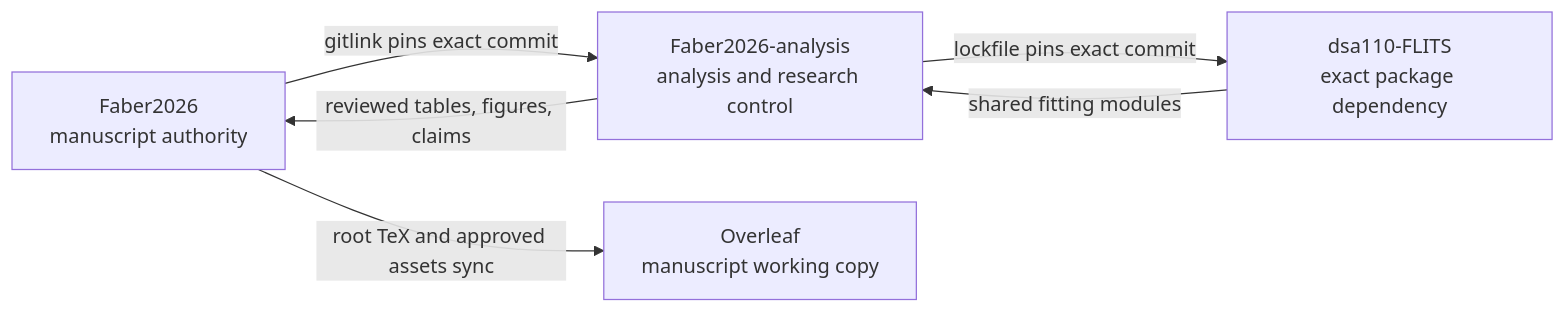
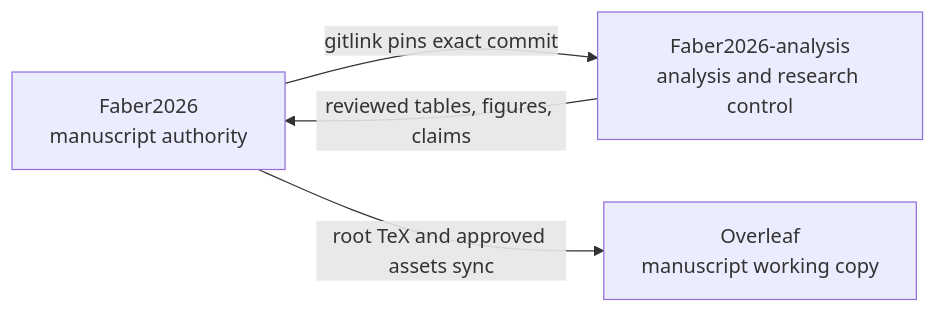
The first of 3 diagrams in docs/rse/ops/repository-map.md (jakobtfaber/Faber2026-analysis), drawn with Mermaid before and after one commit. The commit also changed other lines of this file and 1 other file, not shown here.

First line of the commit message:
docs: retire FLITS from the repository map and add the Casey raw-to-dynamic-spectra notebook (#236)

````diff
--- a/docs/rse/ops/repository-map.md
+++ b/docs/rse/ops/repository-map.md
@@ -35,13 +35,10 @@
 ```mermaid
 flowchart LR
     parentRepo["Faber2026<br/>manuscript authority"]
     analysisRepo["Faber2026-analysis<br/>analysis and research control"]
-    flits["dsa110-FLITS<br/>exact package dependency"]
     overleaf["Overleaf<br/>manuscript working copy"]
 
     parentRepo -->|"gitlink pins exact commit"| analysisRepo
-    analysisRepo -->|"lockfile pins exact commit"| flits
     parentRepo -->|"root TeX and approved assets sync"| overleaf
-    flits -->|"shared fitting modules"| analysisRepo
     analysisRepo -->|"reviewed tables, figures, claims"| parentRepo
 ```
````
